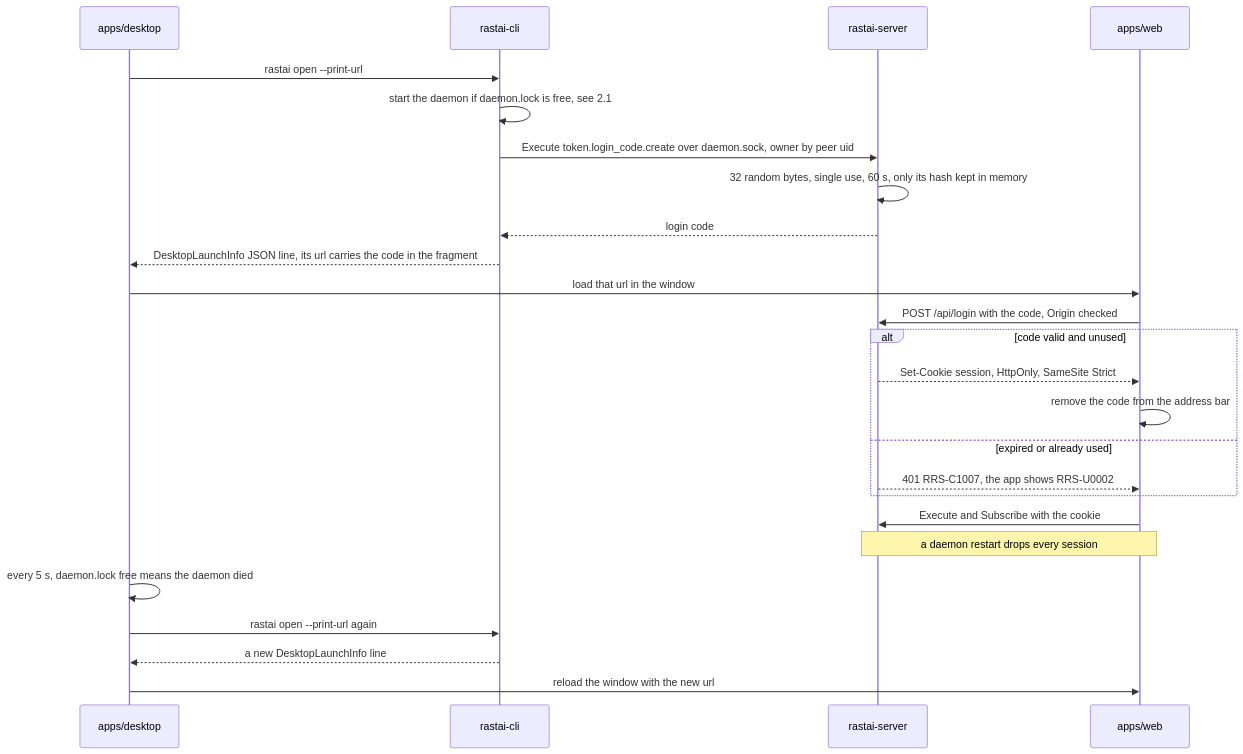
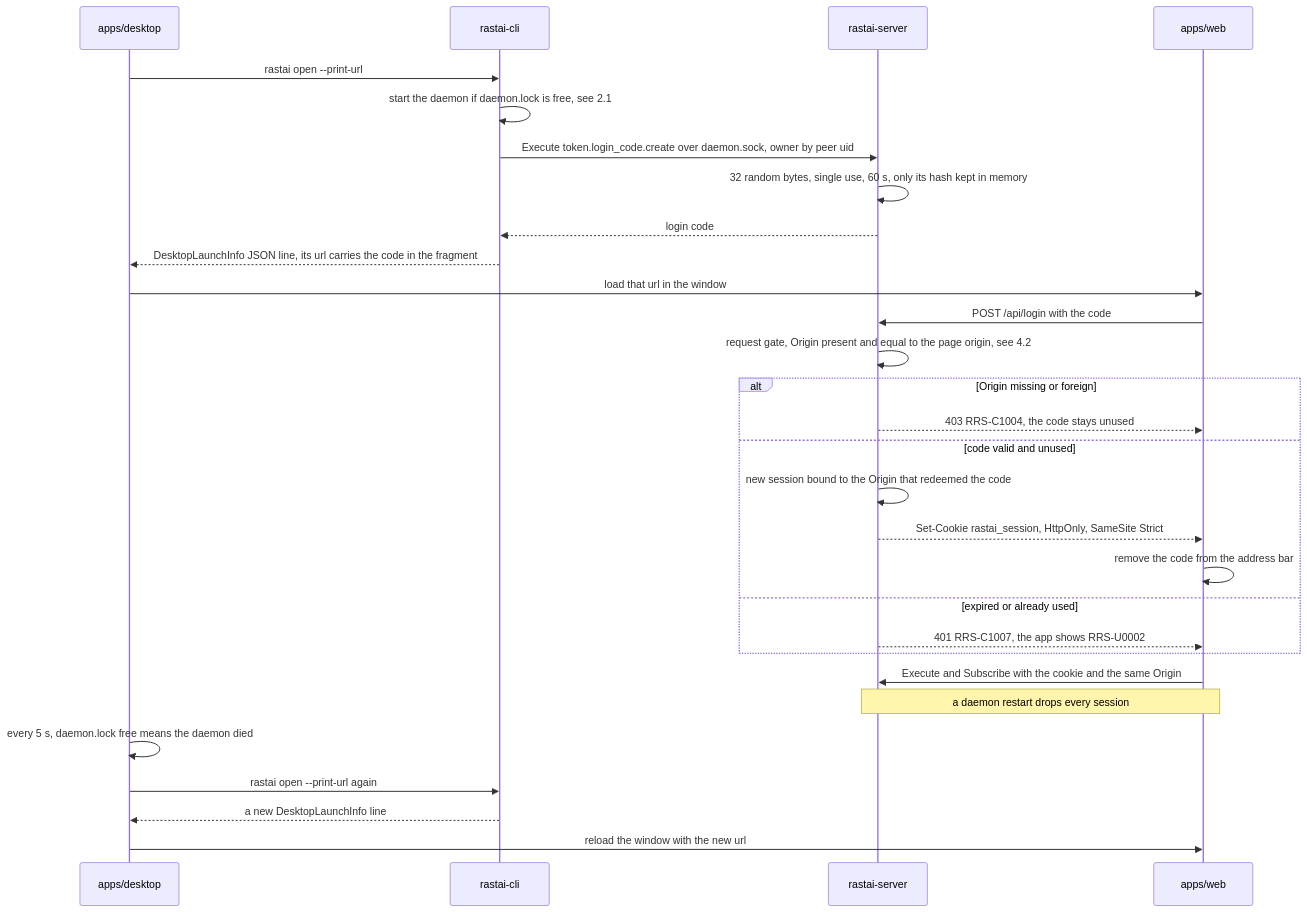
Diagram 16 of 55 in docs/architecture/flows/platform.md (Snubiss/RASTAI-Research-Studio), drawn with Mermaid before and after one commit. The commit also changed other lines of this file and 44 other files, not shown here.

````diff
--- a/docs/architecture/flows/platform.md
+++ b/docs/architecture/flows/platform.md
@@ -751,27 +768,31 @@
 ```mermaid
 sequenceDiagram
   participant SH as apps/desktop
   participant CLI as rastai-cli
   participant SRV as rastai-server
   participant WEB as apps/web
   SH->>CLI: rastai open --print-url
   CLI->>CLI: start the daemon if daemon.lock is free, see 2.1
   CLI->>SRV: Execute token.login_code.create over daemon.sock, owner by peer uid
   SRV->>SRV: 32 random bytes, single use, 60 s, only its hash kept in memory
   SRV-->>CLI: login code
   CLI-->>SH: DesktopLaunchInfo JSON line, its url carries the code in the fragment
   SH->>WEB: load that url in the window
-  WEB->>SRV: POST /api/login with the code, Origin checked
-  alt code valid and unused
-    SRV-->>WEB: Set-Cookie session, HttpOnly, SameSite Strict
+  WEB->>SRV: POST /api/login with the code
+  SRV->>SRV: request gate, Origin present and equal to the page origin, see 4.2
+  alt Origin missing or foreign
+    SRV-->>WEB: 403 RRS-C1004, the code stays unused
+  else code valid and unused
+    SRV->>SRV: new session bound to the Origin that redeemed the code
+    SRV-->>WEB: Set-Cookie rastai_session, HttpOnly, SameSite Strict
     WEB->>WEB: remove the code from the address bar
   else expired or already used
     SRV-->>WEB: 401 RRS-C1007, the app shows RRS-U0002
   end
-  WEB->>SRV: Execute and Subscribe with the cookie
+  WEB->>SRV: Execute and Subscribe with the cookie and the same Origin
   Note over SRV,WEB: a daemon restart drops every session
   SH->>SH: every 5 s, daemon.lock free means the daemon died
   SH->>CLI: rastai open --print-url again
   CLI-->>SH: a new DesktopLaunchInfo line
   SH->>WEB: reload the window with the new url
 ```
````
